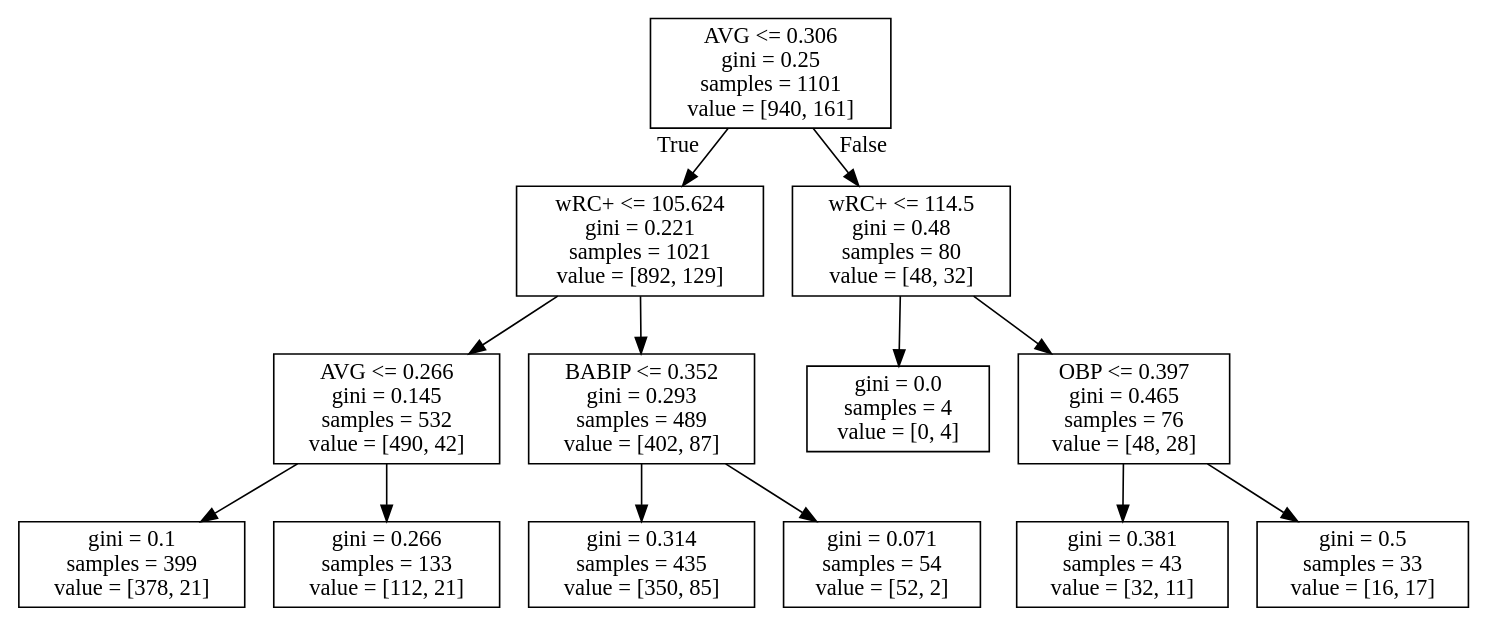
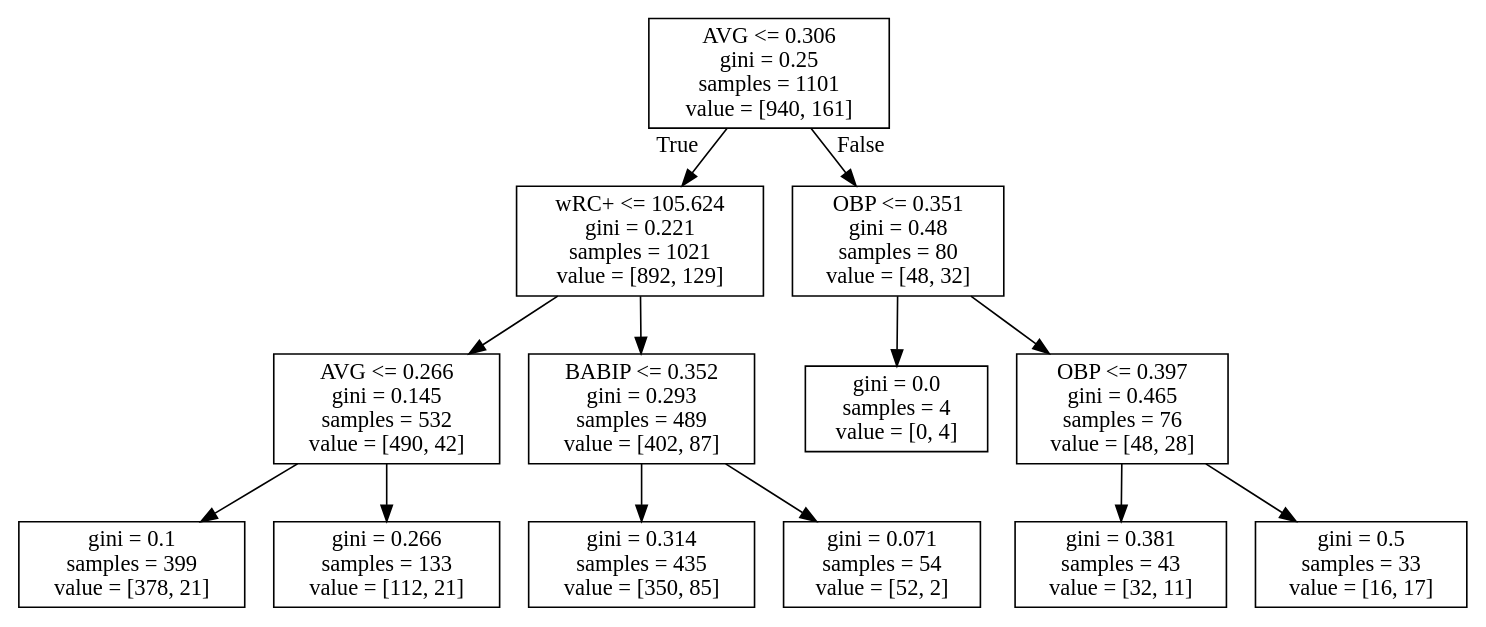
The diagram in AA_results/AA_gini.dot (alexbrizius/ds_project), drawn with Graphviz before and after one commit. The commit also changed 29 other files, not shown here.

```diff
--- a/AA_results/AA_gini.dot
+++ b/AA_results/AA_gini.dot
@@ -1,28 +1,28 @@
 digraph Tree {
 node [shape=box] ;
 0 [label="AVG <= 0.306\ngini = 0.25\nsamples = 1101\nvalue = [940, 161]"] ;
 1 [label="wRC+ <= 105.624\ngini = 0.221\nsamples = 1021\nvalue = [892, 129]"] ;
 0 -> 1 [labeldistance=2.5, labelangle=45, headlabel="True"] ;
 2 [label="AVG <= 0.266\ngini = 0.145\nsamples = 532\nvalue = [490, 42]"] ;
 1 -> 2 ;
 3 [label="gini = 0.1\nsamples = 399\nvalue = [378, 21]"] ;
 2 -> 3 ;
 4 [label="gini = 0.266\nsamples = 133\nvalue = [112, 21]"] ;
 2 -> 4 ;
 5 [label="BABIP <= 0.352\ngini = 0.293\nsamples = 489\nvalue = [402, 87]"] ;
 1 -> 5 ;
 6 [label="gini = 0.314\nsamples = 435\nvalue = [350, 85]"] ;
 5 -> 6 ;
 7 [label="gini = 0.071\nsamples = 54\nvalue = [52, 2]"] ;
 5 -> 7 ;
-8 [label="wRC+ <= 114.5\ngini = 0.48\nsamples = 80\nvalue = [48, 32]"] ;
+8 [label="OBP <= 0.351\ngini = 0.48\nsamples = 80\nvalue = [48, 32]"] ;
 0 -> 8 [labeldistance=2.5, labelangle=-45, headlabel="False"] ;
 9 [label="gini = 0.0\nsamples = 4\nvalue = [0, 4]"] ;
 8 -> 9 ;
 10 [label="OBP <= 0.397\ngini = 0.465\nsamples = 76\nvalue = [48, 28]"] ;
 8 -> 10 ;
 11 [label="gini = 0.381\nsamples = 43\nvalue = [32, 11]"] ;
 10 -> 11 ;
 12 [label="gini = 0.5\nsamples = 33\nvalue = [16, 17]"] ;
 10 -> 12 ;
 }
```
